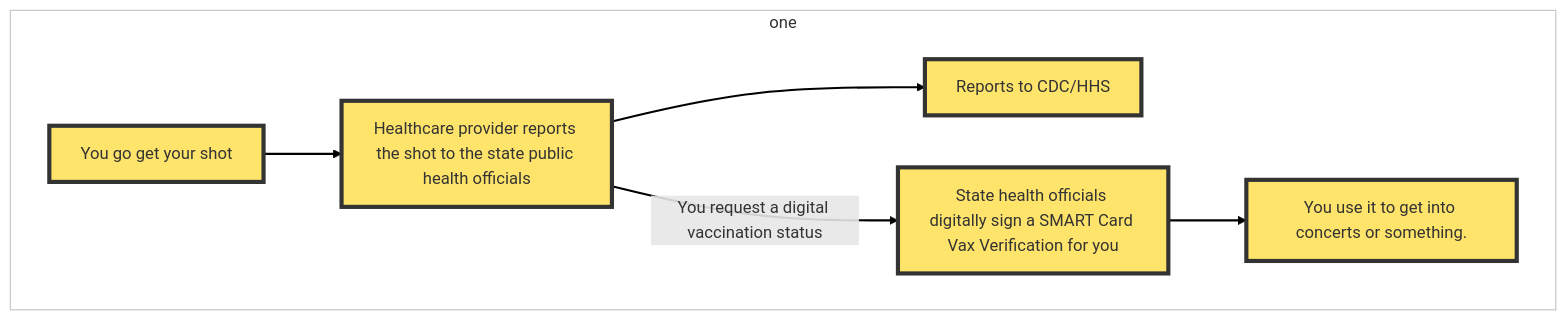
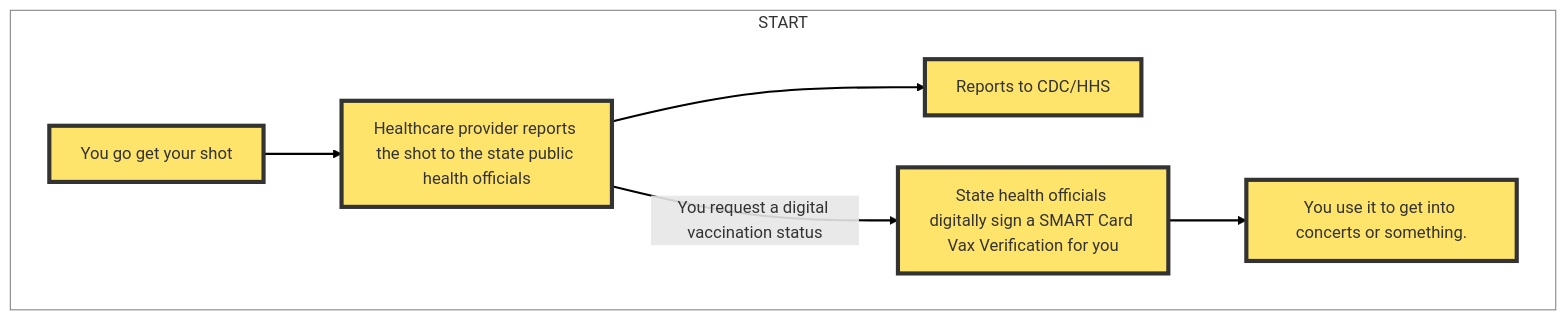
Before and after one commit to BrendanHiggins/BrendanHiggins.github.io: the first of 2 diagrams in _posts/2021-08-20-covid-cards.md, drawn with Mermaid.

```diff
--- a/_posts/2021-08-20-covid-cards.md
+++ b/_posts/2021-08-20-covid-cards.md
@@ -201,17 +201,17 @@
 <div class="mermaid"> 
 graph TD; 
-subgraph one
+subgraph START
 A[You go get your shot]-->B; 
 B[Healthcare provider reports the shot to the state public health officials]-->C;
 B-- You request a digital vaccination status -->D[State health officials digitally sign a SMART Card Vax Verification for you]
 C[Reports to CDC/HHS]
 D-->E[You use it to get into concerts or something.]
 end
 style A fill:#FFE46B,stroke:#333,stroke-width:4px
 style B fill:#FFE46B,stroke:#333,stroke-width:4px
 style C fill:#FFE46B,stroke:#333,stroke-width:4px
 style D fill:#FFE46B,stroke:#333,stroke-width:4px
 style E fill:#FFE46B,stroke:#333,stroke-width:4px
 linkStyle 0,1,2,3 stroke-width:2px,stroke:#000
-style one fill:#fff,opacity:0.25,stroke:#000,stroke-width:1px
+style START fill:#fff,opacity:0.5,stroke:#000,stroke-width:1px
 </div>
```
